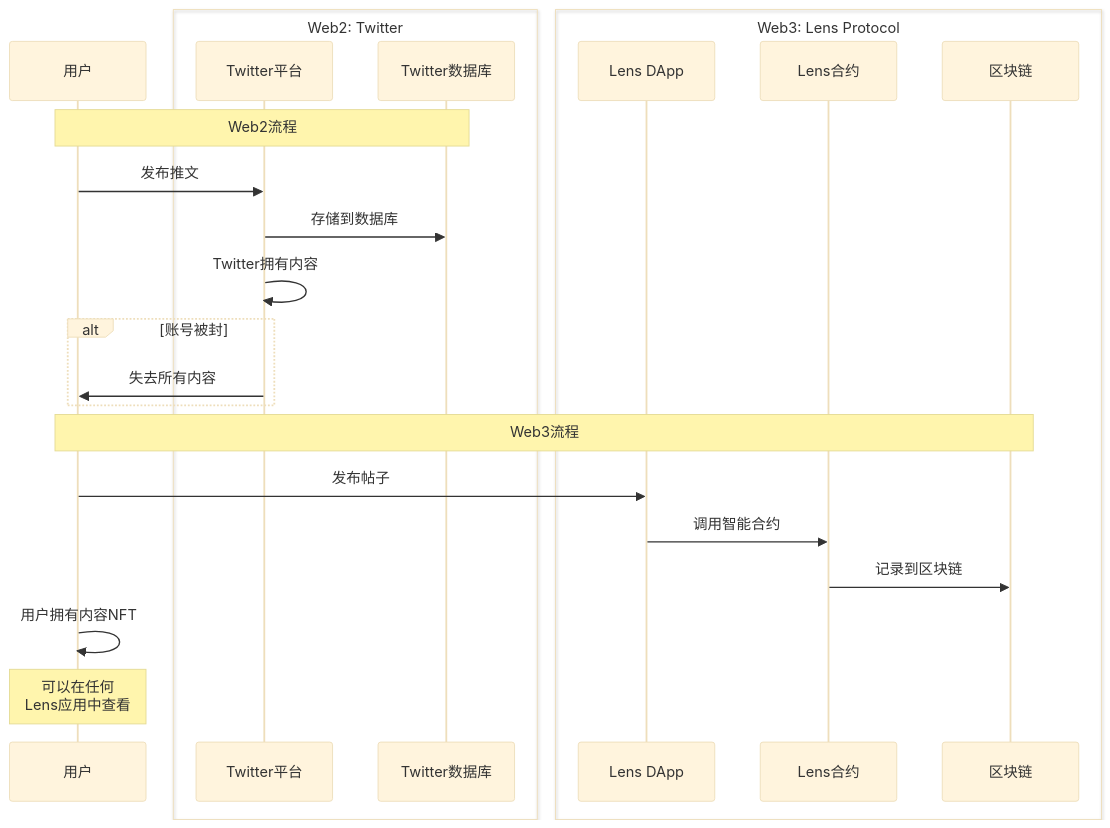
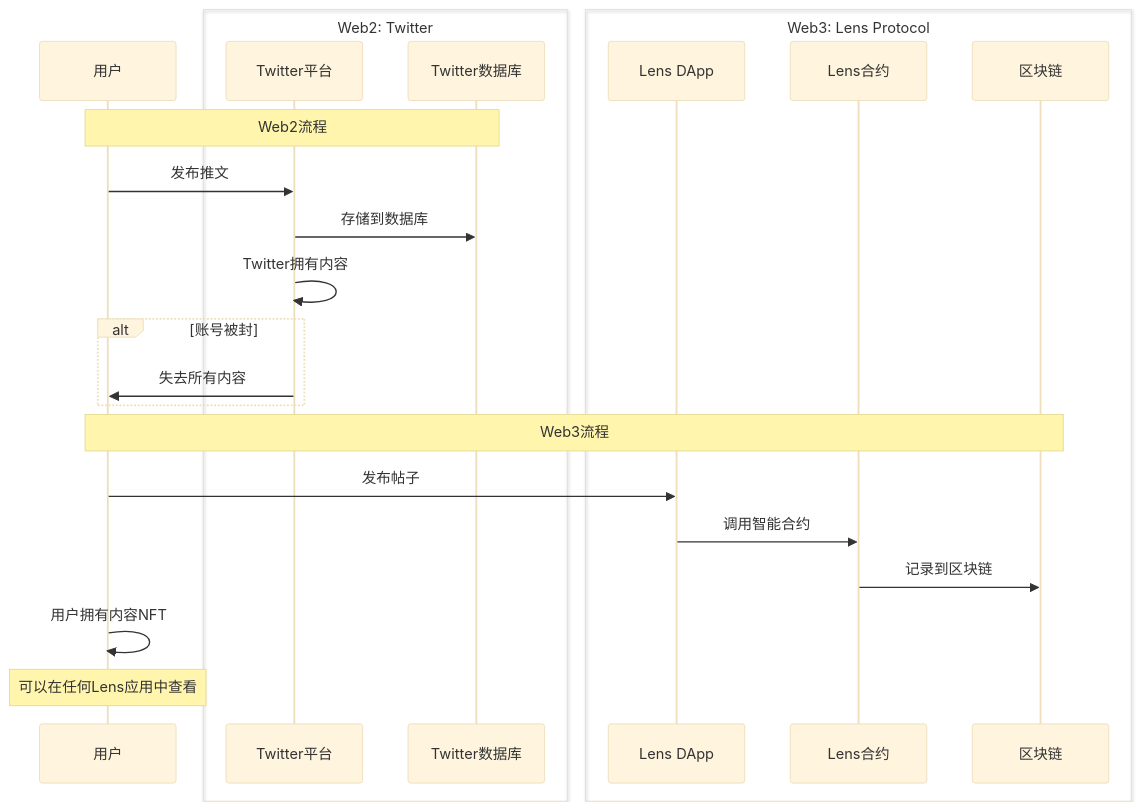
Diagram 18 of 29 in src/content/posts/web3/web2-vs-web3.md (liuxing95/blog), drawn with Mermaid (base theme) before and after one commit. The commit also changed other lines of this file and 3 other files, not shown here.

````diff
--- a/src/content/posts/web3/web2-vs-web3.md
+++ b/src/content/posts/web3/web2-vs-web3.md
@@ -874,32 +849,32 @@
 ```mermaid
 sequenceDiagram
     participant U as 用户
 
     box Web2: Twitter
         participant T as Twitter平台
         participant TDB as Twitter数据库
     end
 
     box Web3: Lens Protocol
         participant L as Lens DApp
         participant LC as Lens合约
         participant BC as 区块链
     end
 
     Note over U,TDB: Web2流程
     U->>T: 发布推文
     T->>TDB: 存储到数据库
     T->>T: Twitter拥有内容
 
     alt 账号被封
         T->>U: 失去所有内容
     end
 
     Note over U,BC: Web3流程
     U->>L: 发布帖子
     L->>LC: 调用智能合约
     LC->>BC: 记录到区块链
     U->>U: 用户拥有内容NFT
 
-    Note over U: 可以在任何<br/>Lens应用中查看
+    Note over U: 可以在任何Lens应用中查看
 ```
````
